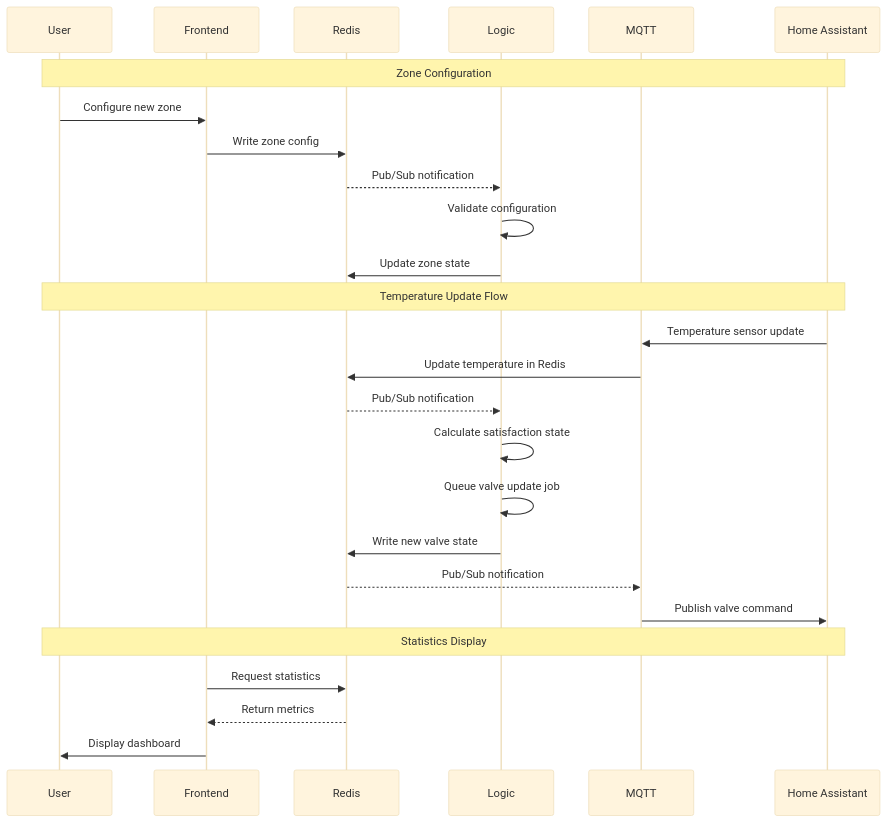
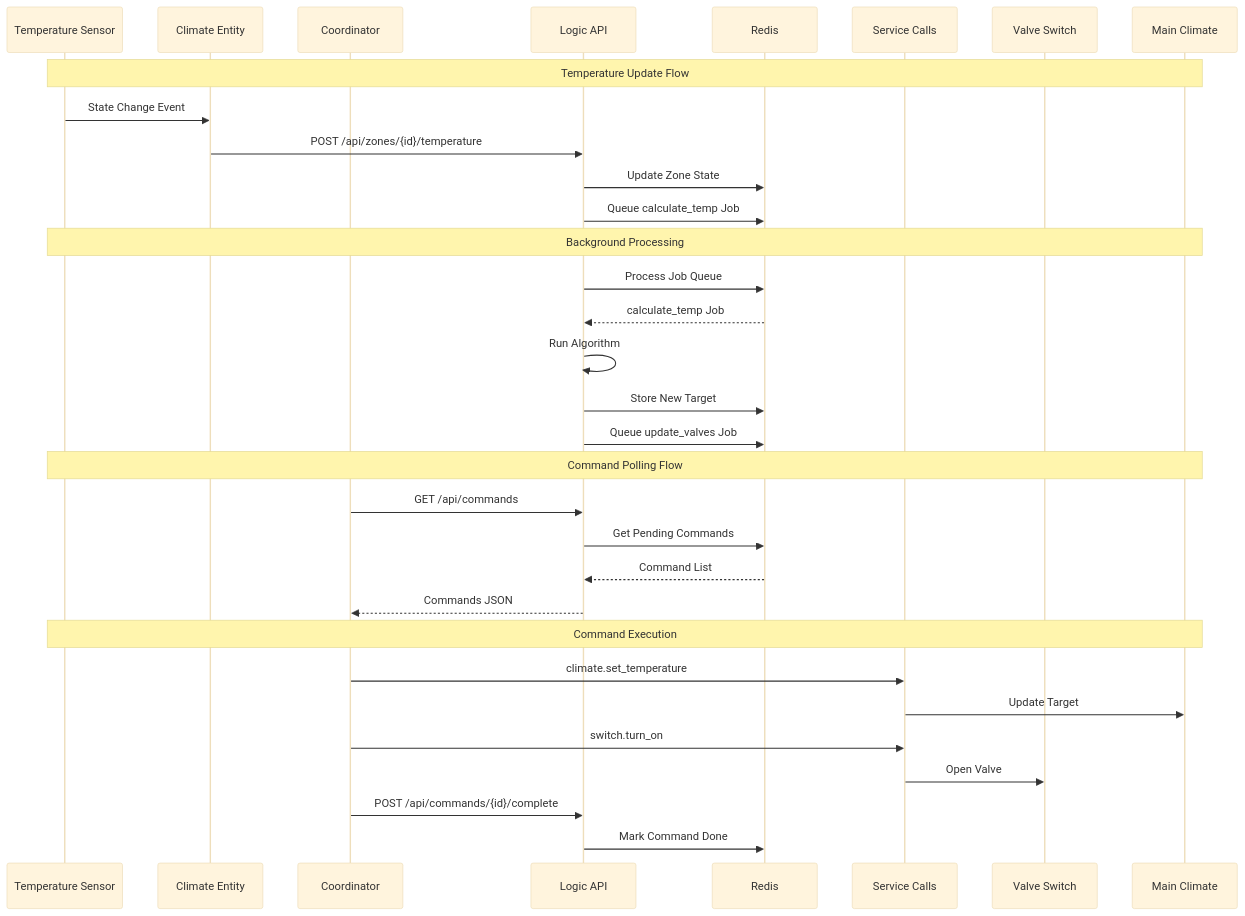
Before and after one commit to Chester929/ha_multizone_climate: the second of 24 diagrams in DIAGRAMS.md, drawn with Mermaid (base theme). The commit also changed other lines of this file and 2 other files, not shown here.

Commit message:
Regenerate DIAGRAMS.md for 2-container architecture

````diff
--- a/DIAGRAMS.md
+++ b/DIAGRAMS.md
@@ -214,31 +159,38 @@
 ```mermaid
 sequenceDiagram
-    participant User
-    participant Frontend
-    participant Redis
-    participant Logic
-    participant MQTT
-    participant HA as Home Assistant
+    participant TS as Temperature Sensor
+    participant CE as Climate Entity
+    participant CL as Coordinator
+    participant API as Logic API
+    participant Redis as Redis
+    participant SC as Service Calls
+    participant VS as Valve Switch
+    participant MC as Main Climate
+
+    Note over TS,MC: Temperature Update Flow
+    TS->>CE: State Change Event
+    CE->>API: POST /api/zones/{id}/temperature
+    API->>Redis: Update Zone State
+    API->>Redis: Queue calculate_temp Job
     
-    Note over User,HA: Zone Configuration
-    User->>Frontend: Configure new zone
-    Frontend->>Redis: Write zone config
-    Redis-->>Logic: Pub/Sub notification
-    Logic->>Logic: Validate configuration
-    Logic->>Redis: Update zone state
+    Note over TS,MC: Background Processing
+    API->>Redis: Process Job Queue
+    Redis-->>API: calculate_temp Job
+    API->>API: Run Algorithm
+    API->>Redis: Store New Target
+    API->>Redis: Queue update_valves Job
     
-    Note over User,HA: Temperature Update Flow
-    HA->>MQTT: Temperature sensor update
-    MQTT->>Redis: Update temperature in Redis
-    Redis-->>Logic: Pub/Sub notification
-    Logic->>Logic: Calculate satisfaction state
-    Logic->>Logic: Queue valve update job
-    Logic->>Redis: Write new valve state
-    Redis-->>MQTT: Pub/Sub notification
-    MQTT->>HA: Publish valve command
+    Note over TS,MC: Command Polling Flow
+    CL->>API: GET /api/commands
+    API->>Redis: Get Pending Commands
+    Redis-->>API: Command List
+    API-->>CL: Commands JSON
     
-    Note over User,HA: Statistics Display
-    Frontend->>Redis: Request statistics
-    Redis-->>Frontend: Return metrics
-    Frontend->>User: Display dashboard
+    Note over TS,MC: Command Execution
+    CL->>SC: climate.set_temperature
+    SC->>MC: Update Target
+    CL->>SC: switch.turn_on
+    SC->>VS: Open Valve
+    CL->>API: POST /api/commands/{id}/complete
+    API->>Redis: Mark Command Done
 ```
````
